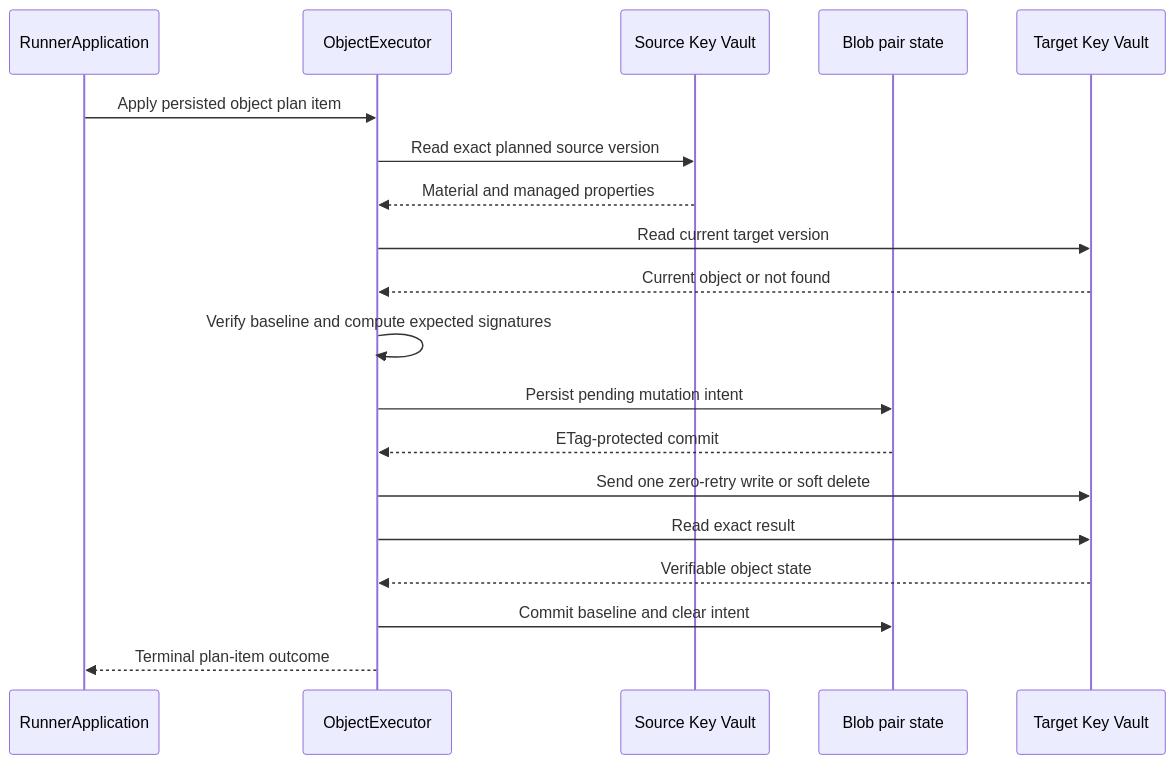
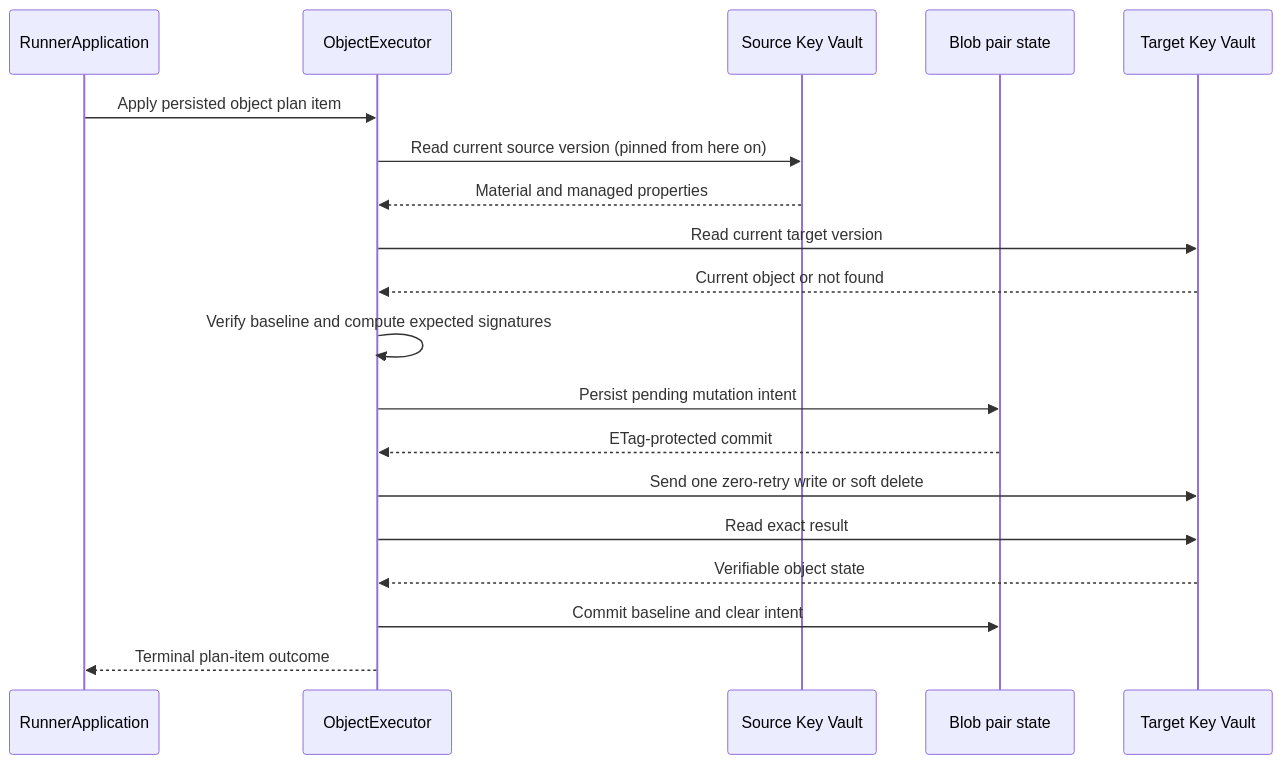
One commit to amgdy/keyvault-sync changed the second of 2 diagrams in doc/code-flow.md. Above: the diagram before and after it, drawn with Mermaid. The commit also changed other lines of this file and 43 other files, not shown here.

````diff
--- a/doc/code-flow.md
+++ b/doc/code-flow.md
@@ -89,22 +89,22 @@
 ```mermaid
 sequenceDiagram
     participant Runner as RunnerApplication
     participant Executor as ObjectExecutor
     participant Source as Source Key Vault
     participant State as Blob pair state
     participant Target as Target Key Vault
 
     Runner->>Executor: Apply persisted object plan item
-    Executor->>Source: Read exact planned source version
+    Executor->>Source: Read current source version (pinned from here on)
     Source-->>Executor: Material and managed properties
     Executor->>Target: Read current target version
     Target-->>Executor: Current object or not found
     Executor->>Executor: Verify baseline and compute expected signatures
     Executor->>State: Persist pending mutation intent
     State-->>Executor: ETag-protected commit
     Executor->>Target: Send one zero-retry write or soft delete
     Executor->>Target: Read exact result
     Target-->>Executor: Verifiable object state
     Executor->>State: Commit baseline and clear intent
     Executor-->>Runner: Terminal plan-item outcome
 ```
````
